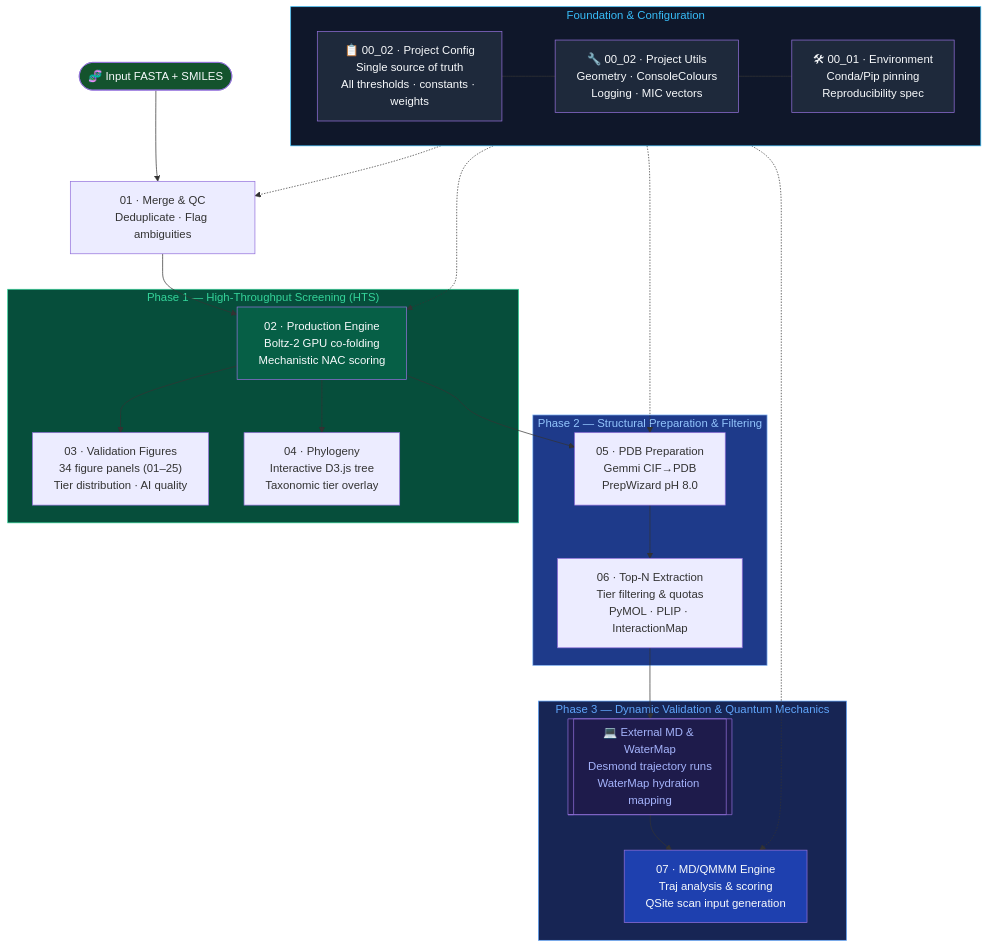
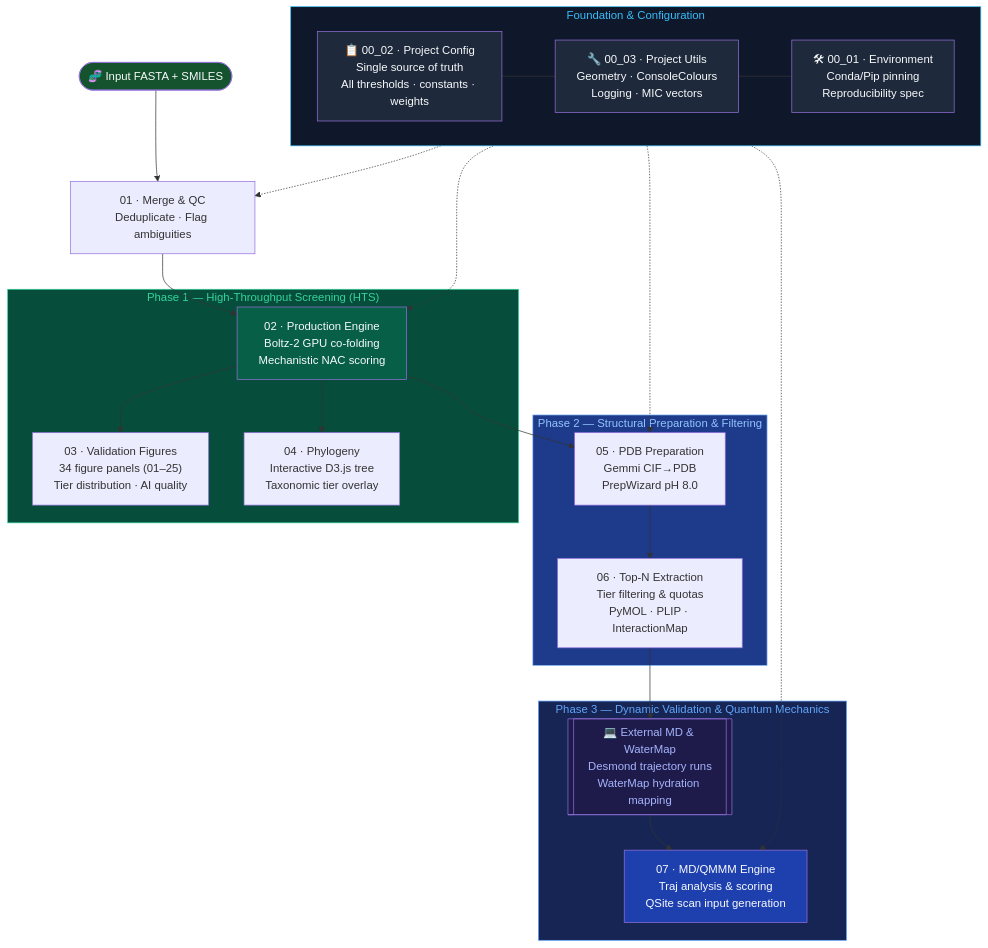
Before and after one commit to KU-MGB/DeFluorX: the diagram in README.md, drawn with Mermaid. The commit also changed other lines of this file and 17 other files, not shown here.

````diff
--- a/README.md
+++ b/README.md
@@ -173,54 +175,54 @@
 ```mermaid
 flowchart TD
     subgraph FOUNDATION["  Foundation & Configuration  "]
         CFG["📋 00_02 · Project Config\nSingle source of truth\nAll thresholds · constants · weights"]
-        UTL["🔧 00_02 · Project Utils\nGeometry · ConsoleColours\nLogging · MIC vectors"]
+        UTL["🔧 00_03 · Project Utils\nGeometry · ConsoleColours\nLogging · MIC vectors"]
         ENV["🛠 00_01 · Environment\nConda/Pip pinning\nReproducibility spec"]
         CFG --- UTL --- ENV
     end
 
     START([🧬 Input FASTA + SMILES]) --> M1
     M1["01 · Merge & QC\nDeduplicate · Flag ambiguities"] --> M2
 
     subgraph PHASE1["  Phase 1 — High-Throughput Screening (HTS)  "]
         M2["02 · Production Engine\nBoltz-2 GPU co-folding\nMechanistic NAC scoring"]
         M3["03 · Validation Figures\n34 figure panels (01–25)\nTier distribution · AI quality"]
         M4["04 · Phylogeny\nInteractive D3.js tree\nTaxonomic tier overlay"]
         M2 --> M3
         M2 --> M4
     end
 
     M2 --> M5
 
     subgraph PHASE2["  Phase 2 — Structural Preparation & Filtering  "]
         M5["05 · PDB Preparation\nGemmi CIF→PDB\nPrepWizard pH 8.0"]
         M6["06 · Top-N Extraction\nTier filtering & quotas\nPyMOL · PLIP · InteractionMap"]
         M5 --> M6
     end
 
     M6 --> EXT_MD
 
     subgraph PHASE3["  Phase 3 — Dynamic Validation & Quantum Mechanics  "]
         EXT_MD[["💻 External MD & WaterMap\nDesmond trajectory runs\nWaterMap hydration mapping"]]
         M7["07 · MD/QMMM Engine\nTraj analysis & scoring\nQSite scan input generation"]
         EXT_MD --> M7
     end
 
     %% Dependencies
     FOUNDATION -.-> M1
     FOUNDATION -.-> M2
     FOUNDATION -.-> M5
     FOUNDATION -.-> M7
 
     style FOUNDATION fill:#0f172a,color:#38bdf8,stroke:#38bdf8
     style CFG fill:#1e293b,color:#f8fafc
     style UTL fill:#1e293b,color:#f8fafc
     style ENV fill:#1e293b,color:#f8fafc
     style PHASE1 fill:#064e3b,color:#34d399,stroke:#34d399
     style PHASE2 fill:#1e3a8a,color:#93c5fd,stroke:#93c5fd
     style PHASE3 fill:#172554,color:#60a5fa,stroke:#60a5fa
     style M2 fill:#065f46,color:#f8fafc
     style M7 fill:#1e40af,color:#f8fafc
     style START fill:#14532d,color:#f8fafc
     style EXT_MD fill:#1e1b4b,color:#a5b4fc
 ```
````
